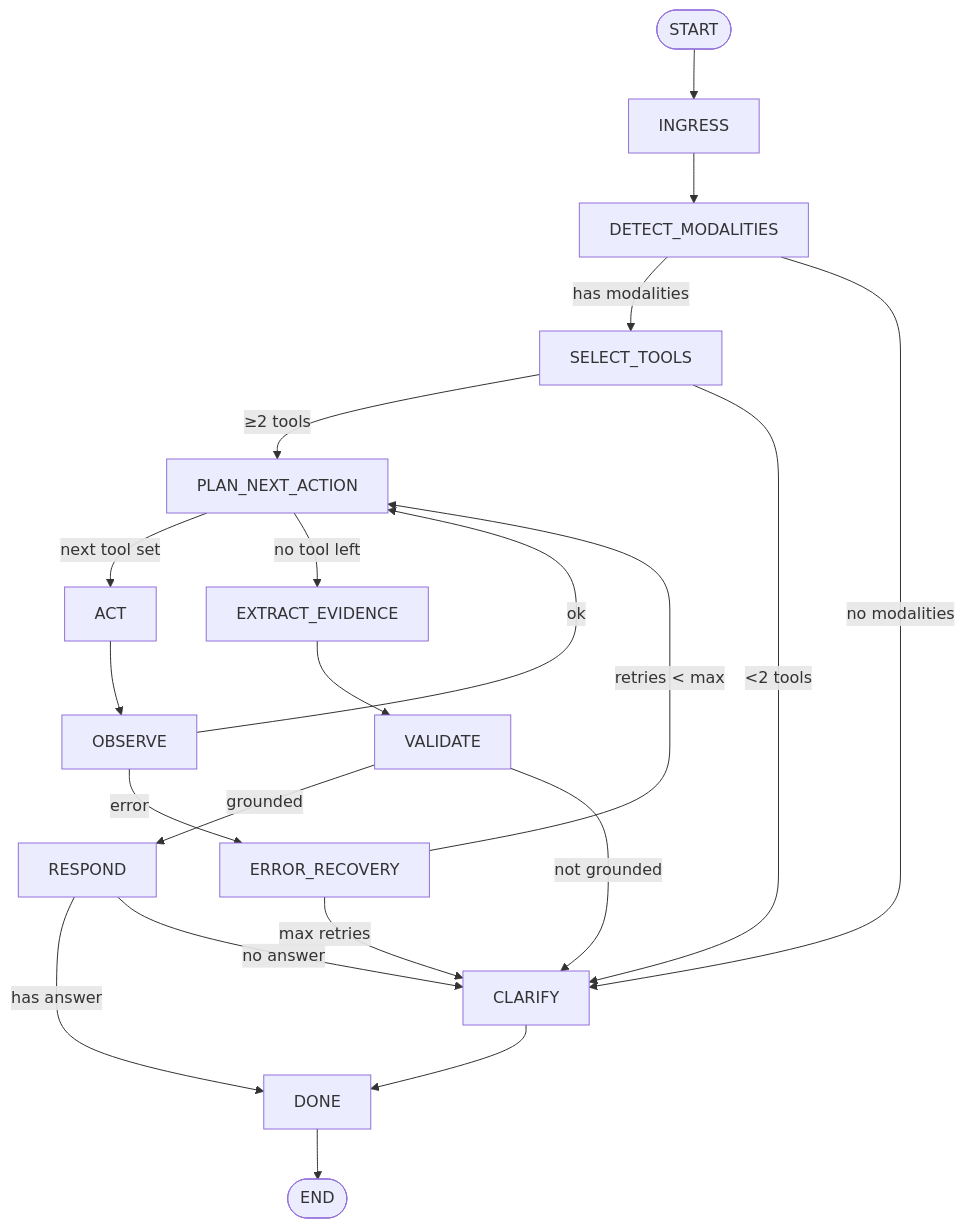
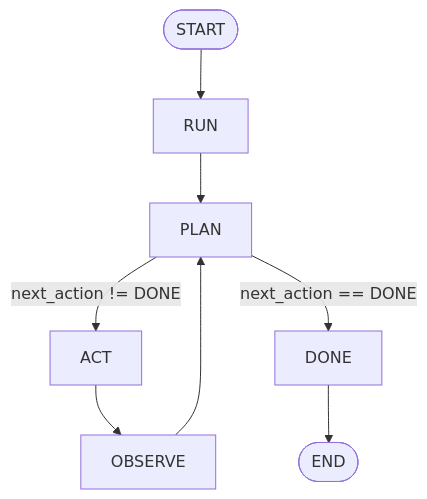
The diagram in README.md (idanbe/Multimodal-Investigation-Agent), drawn with Mermaid before and after one commit. The commit also changed other lines of this file and 11 other files, not shown here.

Commit message:
refactor the code to be  Plan → Act → Observe pattern

````diff
--- a/README.md
+++ b/README.md
@@ -41,23 +82,10 @@
 ```mermaid
 flowchart TD
-    __start__([START]) --> INGRESS
-    INGRESS --> DETECT_MODALITIES
-    DETECT_MODALITIES -->|has modalities| SELECT_TOOLS
-    DETECT_MODALITIES -->|no modalities| CLARIFY
-    SELECT_TOOLS -->|"≥2 tools"| PLAN_NEXT_ACTION
-    SELECT_TOOLS -->|"<2 tools"| CLARIFY
-    PLAN_NEXT_ACTION -->|next tool set| ACT
-    PLAN_NEXT_ACTION -->|no tool left| EXTRACT_EVIDENCE
+    __start__([START]) --> RUN
+    RUN --> PLAN
+    PLAN -->|"next_action != DONE"| ACT
+    PLAN -->|"next_action == DONE"| DONE
     ACT --> OBSERVE
-    OBSERVE -->|ok| PLAN_NEXT_ACTION
-    OBSERVE -->|error| ERROR_RECOVERY
-    ERROR_RECOVERY -->|retries < max| PLAN_NEXT_ACTION
-    ERROR_RECOVERY -->|max retries| CLARIFY
-    EXTRACT_EVIDENCE --> VALIDATE
-    VALIDATE -->|grounded| RESPOND
-    VALIDATE -->|not grounded| CLARIFY
-    RESPOND -->|has answer| DONE
-    RESPOND -->|no answer| CLARIFY
-    CLARIFY --> DONE
+    OBSERVE --> PLAN
     DONE --> __end__([END])
 ```
````
